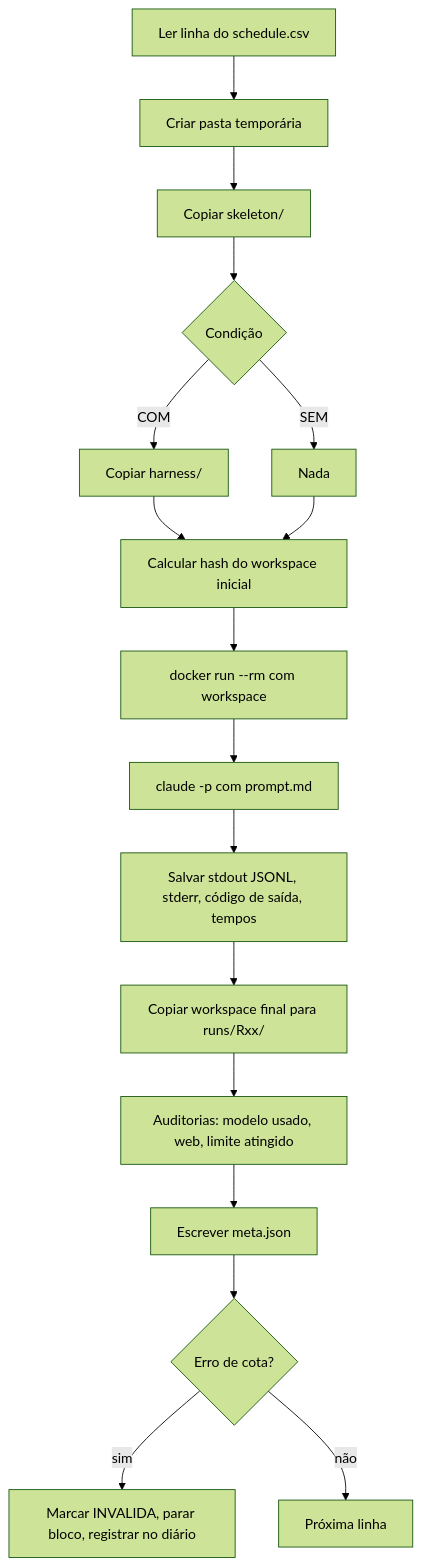
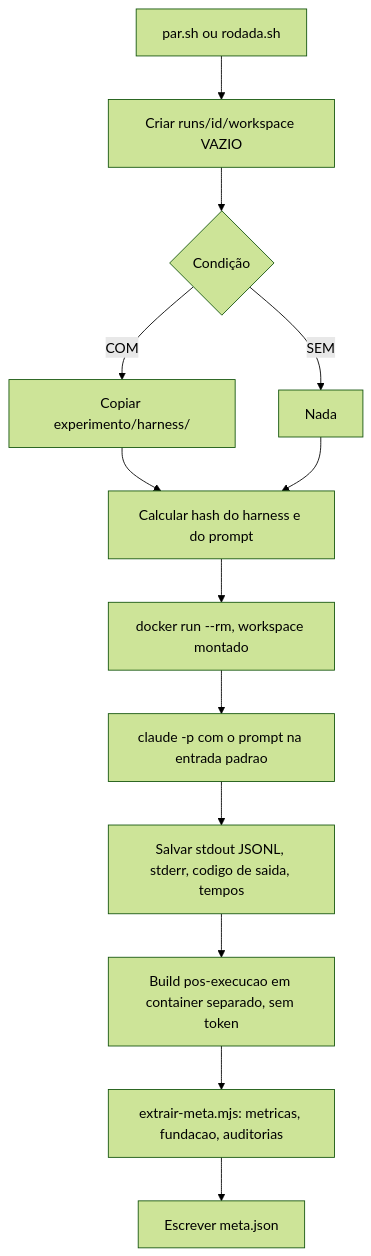
The first of 2 diagrams in docs/plano.md (FLucasF/TCC), drawn with Mermaid (forest theme) before and after one commit. The commit also changed other lines of this file and 6 other files, not shown here.

````diff
--- a/docs/plano.md
+++ b/docs/plano.md
@@ -536,19 +600,15 @@
 ```mermaid
 flowchart TD
-    A[Ler linha do schedule.csv] --> B[Criar pasta temporária]
-    B --> C[Copiar skeleton/]
-    C --> D{Condição}
-    D -- COM --> E[Copiar harness/]
+    A[par.sh ou rodada.sh] --> B[Criar runs/id/workspace VAZIO]
+    B --> D{Condição}
+    D -- COM --> E[Copiar experimento/harness/]
     D -- SEM --> F[Nada]
-    E --> G[Calcular hash do workspace inicial]
+    E --> G[Calcular hash do harness e do prompt]
     F --> G
-    G --> H[docker run --rm com workspace]
-    H --> I[claude -p com prompt.md]
-    I --> J[Salvar stdout JSONL, stderr, código de saída, tempos]
-    J --> K[Copiar workspace final para runs/Rxx/]
-    K --> L[Auditorias: modelo usado, web, limite atingido]
+    G --> H[docker run --rm, workspace montado]
+    H --> I[claude -p com o prompt na entrada padrao]
+    I --> J[Salvar stdout JSONL, stderr, codigo de saida, tempos]
+    J --> K[Build pos-execucao em container separado, sem token]
+    K --> L[extrair-meta.mjs: metricas, fundacao, auditorias]
     L --> M[Escrever meta.json]
-    M --> N{Erro de cota?}
-    N -- sim --> O[Marcar INVALIDA, parar bloco, registrar no diário]
-    N -- não --> P[Próxima linha]
 ```
````
